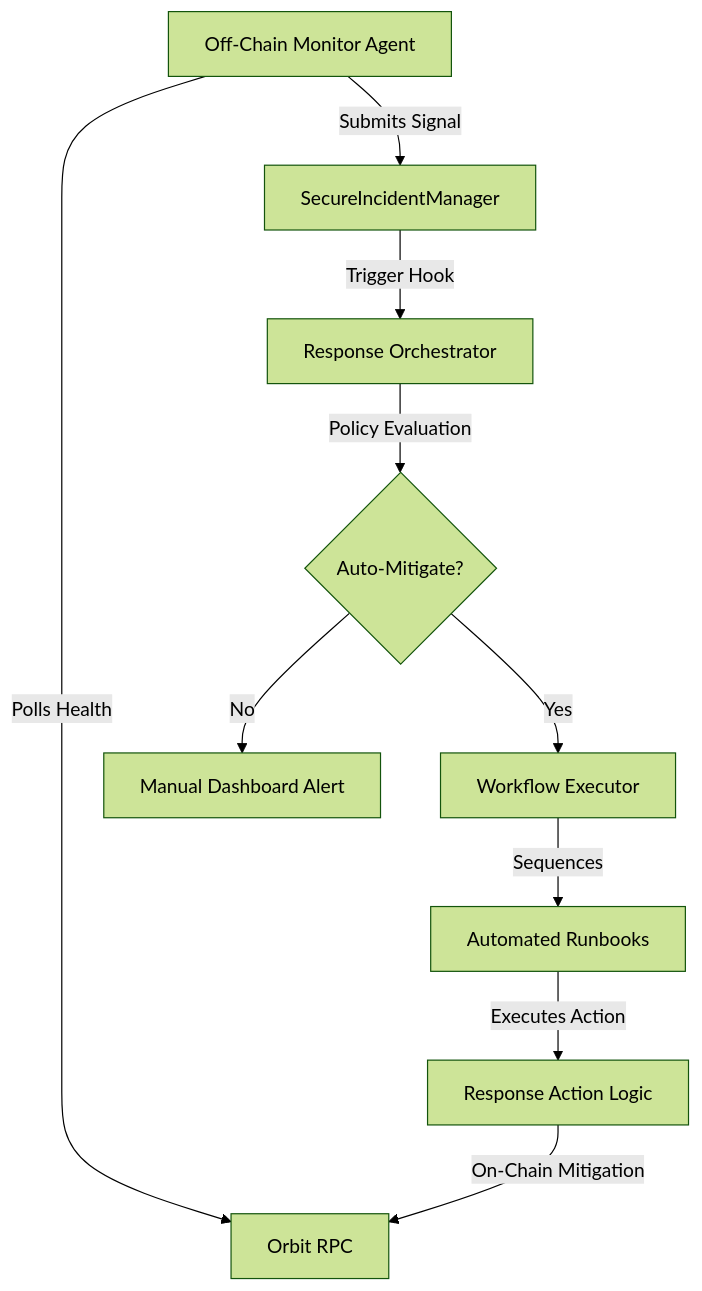
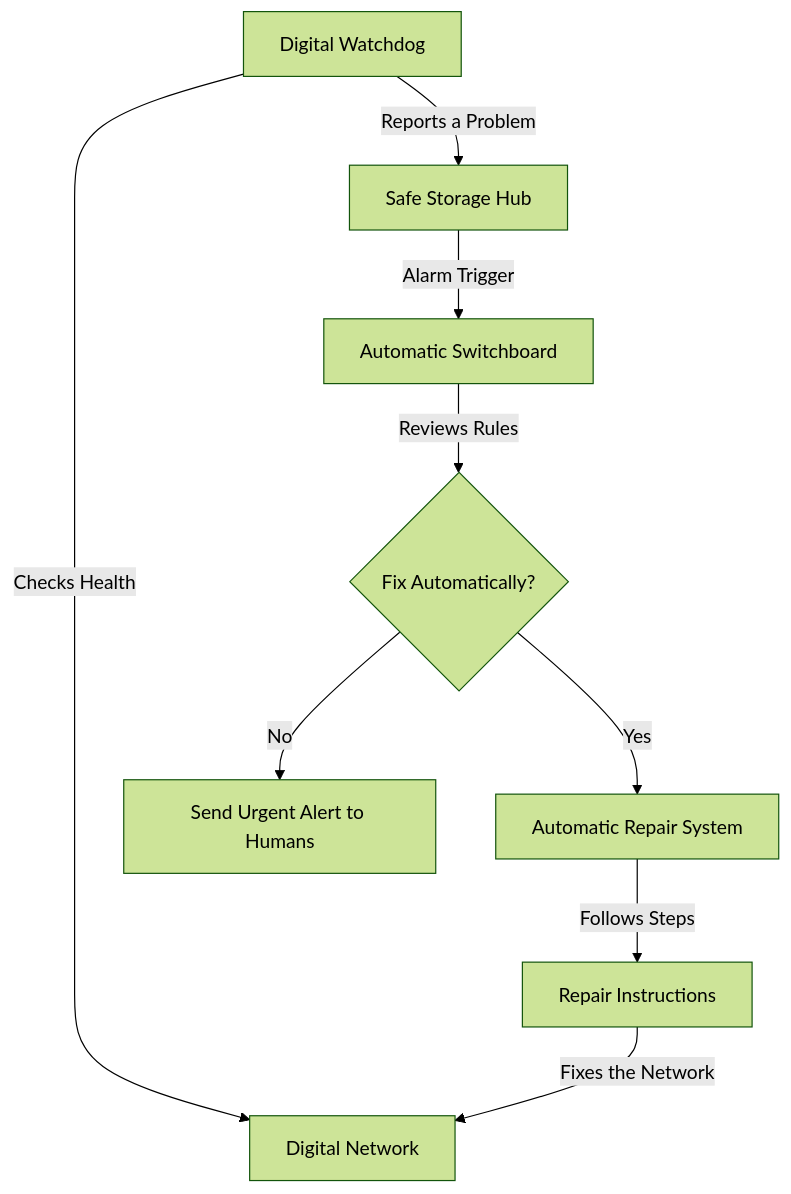
One commit to sudo-robi/ChainWard changed the diagram in README.md. Above: the diagram before and after it, drawn with Mermaid (forest theme). The commit also changed other lines of this file, not shown here.

````diff
--- a/README.md
+++ b/README.md
@@ -15,12 +11,11 @@
 ```mermaid
 graph TD
-    A[Off-Chain Monitor Agent] -->|Polls Health| B[Orbit RPC]
-    A -->|Submits Signal| C[SecureIncidentManager]
-    C -->|Trigger Hook| D[Response Orchestrator]
-    D -->|Policy Evaluation| E{Auto-Mitigate?}
-    E -->|Yes| F[Workflow Executor]
-    E -->|No| G[Manual Dashboard Alert]
-    F -->|Sequences| H[Automated Runbooks]
-    H -->|Executes Action| I[Response Action Logic]
-    I -->|On-Chain Mitigation| B
+    A[Digital Watchdog] -->|Checks Health| B[Digital Network]
+    A -->|Reports a Problem| C[Safe Storage Hub]
+    C -->|Alarm Trigger| D[Automatic Switchboard]
+    D -->|Reviews Rules| E{Fix Automatically?}
+    E -->|Yes| F[Automatic Repair System]
+    E -->|No| G[Send Urgent Alert to Humans]
+    F -->|Follows Steps| H[Repair Instructions]
+    H -->|Fixes the Network| B
 ```
````
